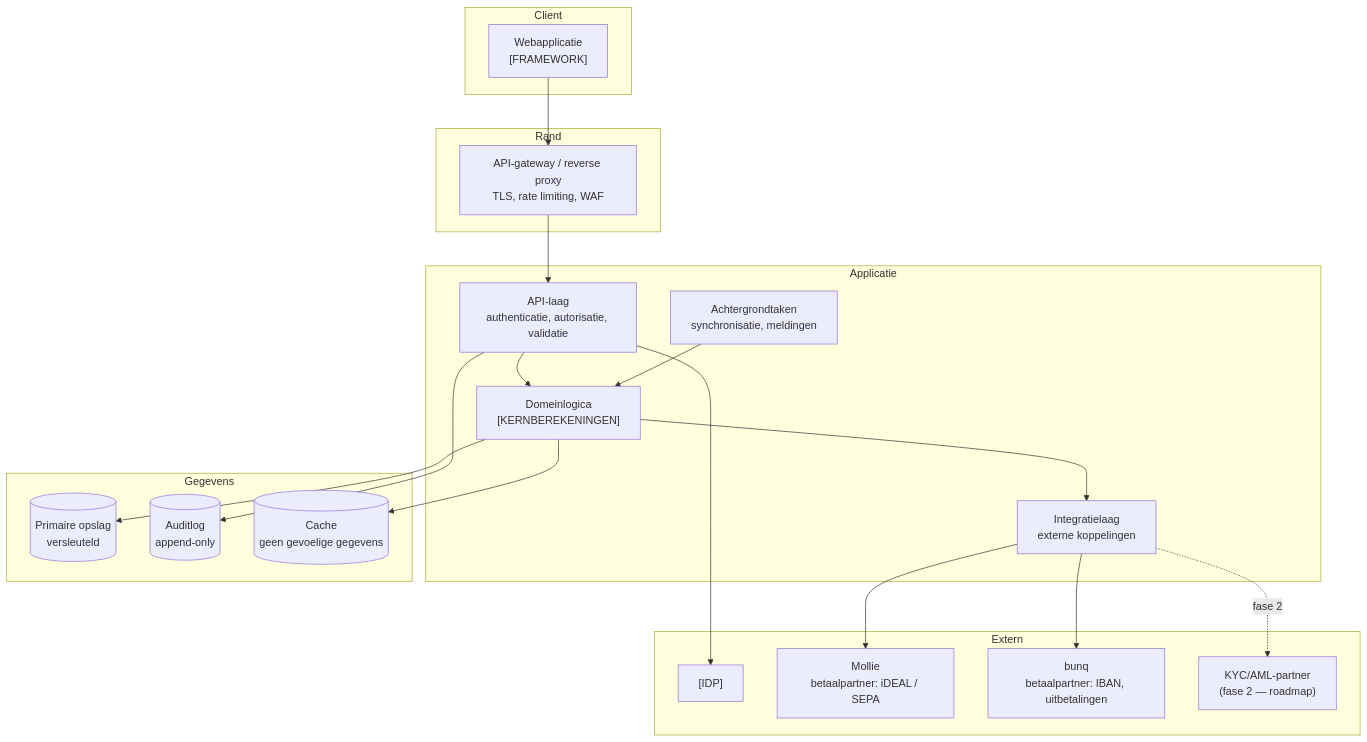
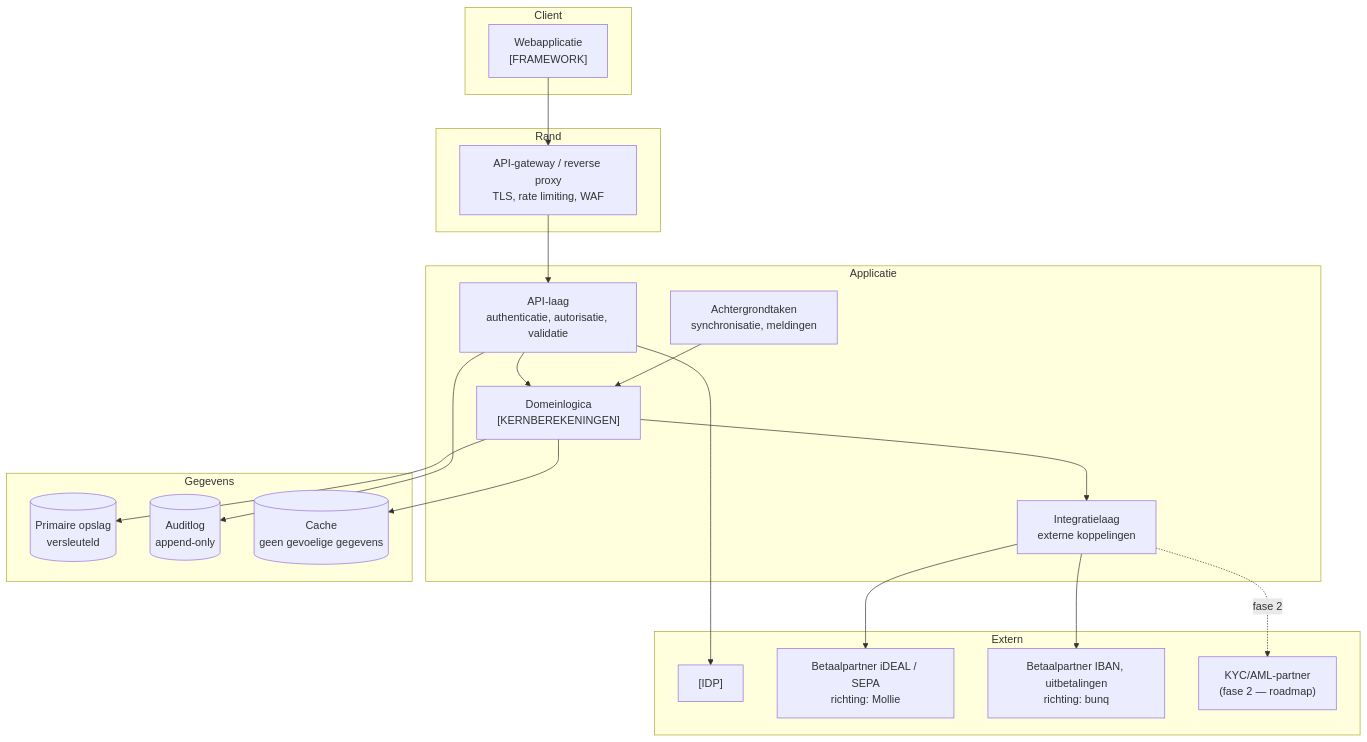
Before and after one commit to WildcatKSS/SolidYield: the diagram in docs/architecture/architecture-overview.md, drawn with Mermaid. The commit also changed other lines of this file and 13 other files, not shown here.

````diff
--- a/docs/architecture/architecture-overview.md
+++ b/docs/architecture/architecture-overview.md
@@ -23,37 +23,37 @@
 ```mermaid
 graph TB
     subgraph client["Client"]
         WEB["Webapplicatie<br/>[FRAMEWORK]"]
     end
     subgraph edge["Rand"]
         GW["API-gateway / reverse proxy<br/>TLS, rate limiting, WAF"]
     end
     subgraph app["Applicatie"]
         API["API-laag<br/>authenticatie, autorisatie, validatie"]
         DOM["Domeinlogica<br/>[KERNBEREKENINGEN]"]
         INT["Integratielaag<br/>externe koppelingen"]
         JOB["Achtergrondtaken<br/>synchronisatie, meldingen"]
     end
     subgraph data["Gegevens"]
         DB[("Primaire opslag<br/>versleuteld")]
         AUD[("Auditlog<br/>append-only")]
         CACHE[("Cache<br/>geen gevoelige gegevens")]
     end
     subgraph ext["Extern"]
         IDP["[IDP]"]
-        MOL["Mollie<br/>betaalpartner: iDEAL / SEPA"]
-        BUNQ["bunq<br/>betaalpartner: IBAN, uitbetalingen"]
+        MOL["Betaalpartner iDEAL / SEPA<br/>richting: Mollie"]
+        BUNQ["Betaalpartner IBAN, uitbetalingen<br/>richting: bunq"]
         KYCP["KYC/AML-partner<br/>(fase 2 — roadmap)"]
     end
 
     WEB --> GW --> API
     API --> DOM --> DB
     API --> AUD
     DOM --> INT
     INT --> MOL
     INT --> BUNQ
     INT -.fase 2.-> KYCP
     API --> IDP
     JOB --> DOM
     DOM --> CACHE
 ```
````
